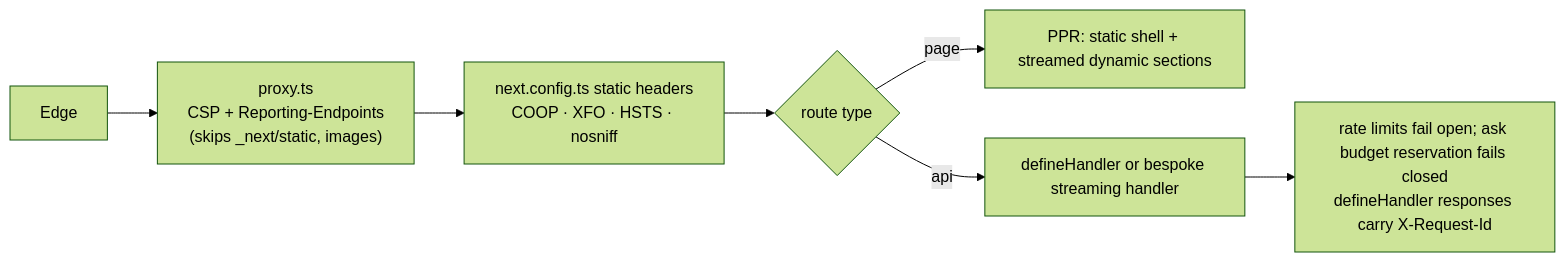
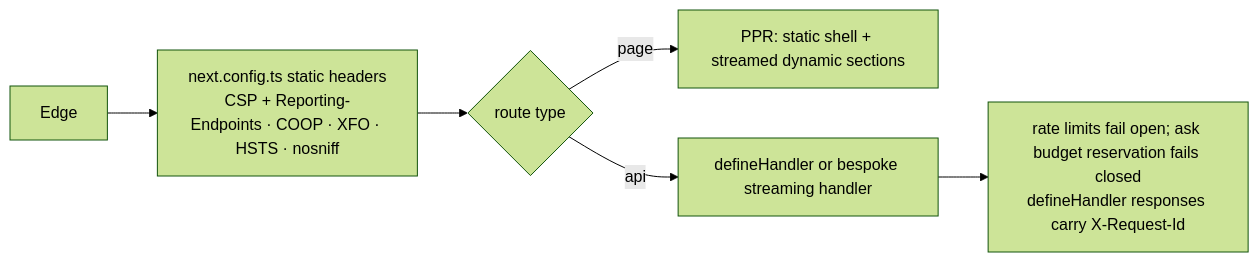
Before and after one commit to erikunha/portfolio: diagram 14 of 14 in docs/03-rendering-and-data-flow.md, drawn with Mermaid (forest theme). The commit also changed other lines of this file and 1454 other files, not shown here.

First line of the commit message:
refactor(architecture): milestones M0 to M14 and native ci:full (#423)

````diff
--- a/docs/03-rendering-and-data-flow.md
+++ b/docs/03-rendering-and-data-flow.md
@@ -302,9 +310,8 @@
 ```mermaid
 flowchart LR
-    e["Edge"] --> p["proxy.ts<br/>CSP + Reporting-Endpoints<br/>(skips _next/static, images)"]
-    p --> n["next.config.ts static headers<br/>COOP · XFO · HSTS · nosniff"]
+    e["Edge"] --> n["next.config.ts static headers<br/>CSP + Reporting-Endpoints · COOP · XFO · HSTS · nosniff"]
     n --> route{route type}
     route -->|page| ppr["PPR: static shell + streamed dynamic sections"]
     route -->|api| handler["defineHandler or bespoke streaming handler"]
     handler --> failopen["rate limits fail open; ask budget reservation fails closed<br/>defineHandler responses carry X-Request-Id"]
 ```
````
